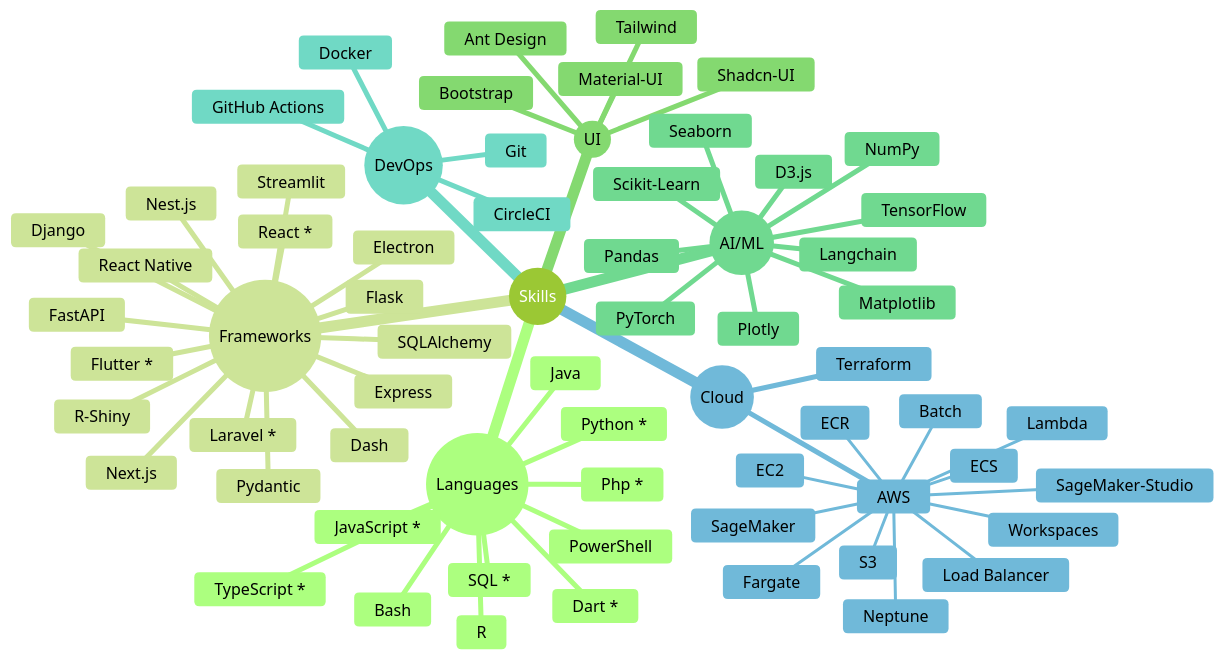
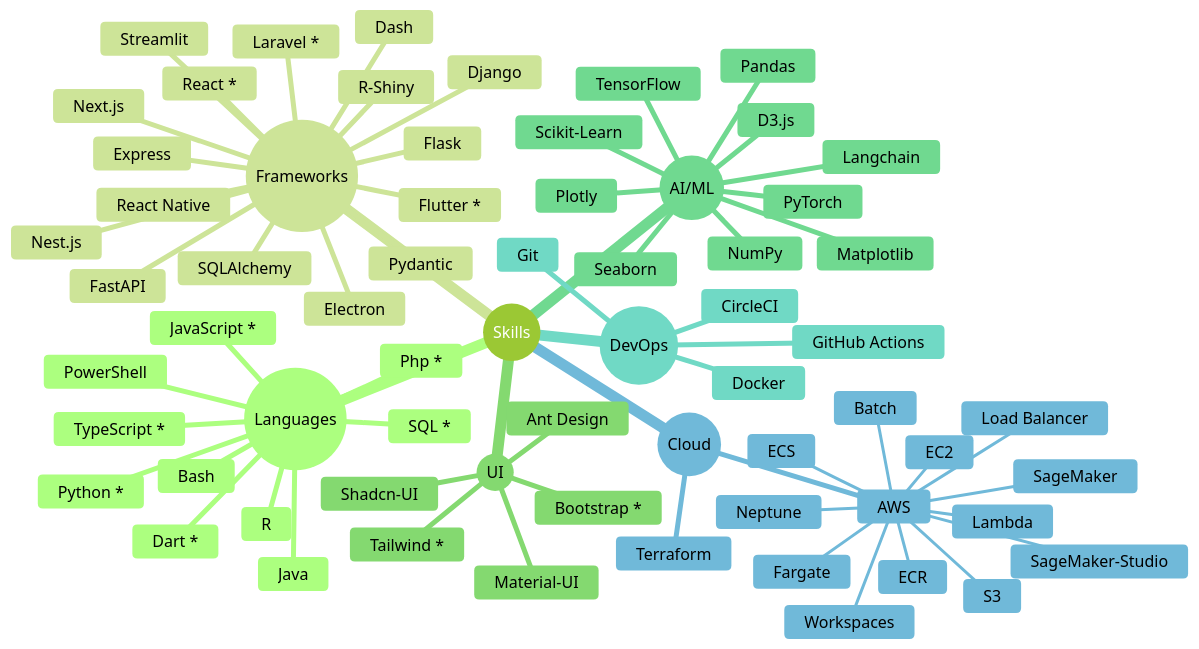
One commit to eisax/eisax changed the diagram in README.md. Above: the diagram before and after it, drawn with Mermaid (forest theme).

````diff
--- a/README.md
+++ b/README.md
@@ -24,69 +24,69 @@
 ```mermaid
 mindmap
   root((Skills))
     ((Languages))
       Python *
       JavaScript *
       TypeScript *
       Java
       Php *
       Dart *
       R
       SQL *
       Bash
       PowerShell
     ((Frameworks))
       React *
       Flask
       React Native
       Flutter *
       Nest.js
       Django
       FastAPI
       Express
       Laravel *
       Electron
       Next.js
       Dash
       R-Shiny
       Streamlit
       Pydantic
       SQLAlchemy
     ((UI))
       Material-UI
-      Tailwind
+      Tailwind *
       Shadcn-UI
       Ant Design
-      Bootstrap
+      Bootstrap *
     ((AI/ML))
       PyTorch
       TensorFlow
       Plotly
       D3.js
       Pandas
       NumPy
       Matplotlib
       Seaborn
       Scikit-Learn
       Langchain
     ((DevOps))
       Git
       Docker
       CircleCI
       GitHub Actions
     ((Cloud))
       AWS
         S3
         Lambda
         SageMaker
         SageMaker-Studio
         Batch
         ECR
         Fargate
         EC2
         Workspaces
         Neptune
         ECS
         Load Balancer
       Terraform
 ``` 
````
